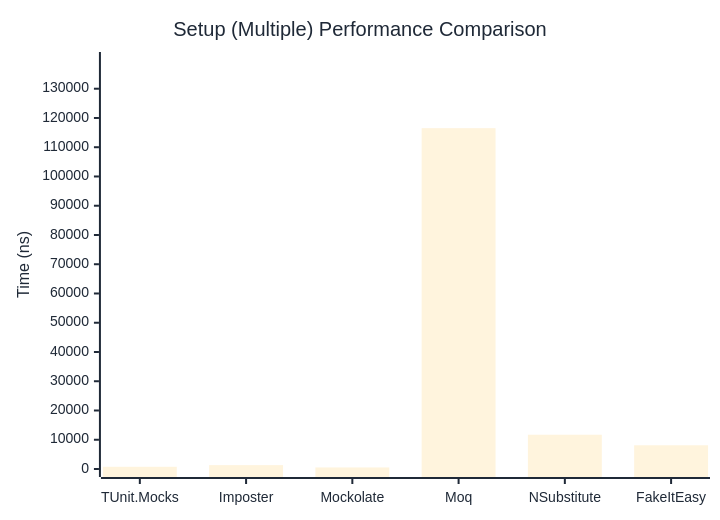
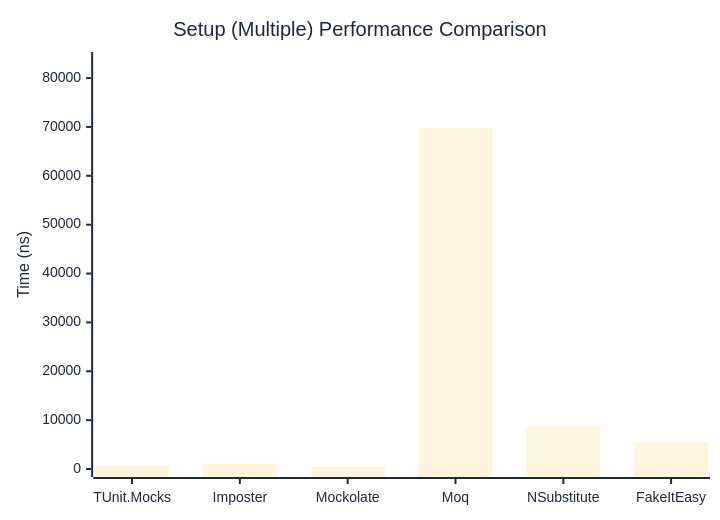
Before and after one commit to thomhurst/TUnit: the second of 2 diagrams in docs/docs/benchmarks/mocks/Setup.md, drawn with Mermaid. The commit also changed other lines of this file and 14 other files, not shown here.

````diff
--- a/docs/docs/benchmarks/mocks/Setup.md
+++ b/docs/docs/benchmarks/mocks/Setup.md
@@ -71,27 +71,27 @@
 ```mermaid
 %%{init: {
   'theme':'base',
   'themeVariables': {
     'primaryColor': '#2563eb',
     'primaryTextColor': '#1f2937',
     'primaryBorderColor': '#1e40af',
     'lineColor': '#6b7280',
     'secondaryColor': '#7c3aed',
     'tertiaryColor': '#dc2626',
     'background': '#ffffff',
     'pie1': '#2563eb',
     'pie2': '#7c3aed',
     'pie3': '#dc2626',
     'pie4': '#f59e0b',
     'pie5': '#10b981',
     'pie6': '#06b6d4',
     'pie7': '#ec4899',
     'pie8': '#6366f1'
   }
 }}%%
 xychart-beta
   title "Setup (Multiple) Performance Comparison"
   x-axis ["TUnit.Mocks", "Imposter", "Mockolate", "Moq", "NSubstitute", "FakeItEasy"]
-  y-axis "Time (ns)" 0 --> 139817
-  bar [759.4, 1323.7, 533.6, 116513.8, 11713.4, 8107]
+  y-axis "Time (ns)" 0 --> 83700
+  bar [652.5, 1069.2, 440.6, 69749.9, 8692.4, 5416.4]
 ```
````
